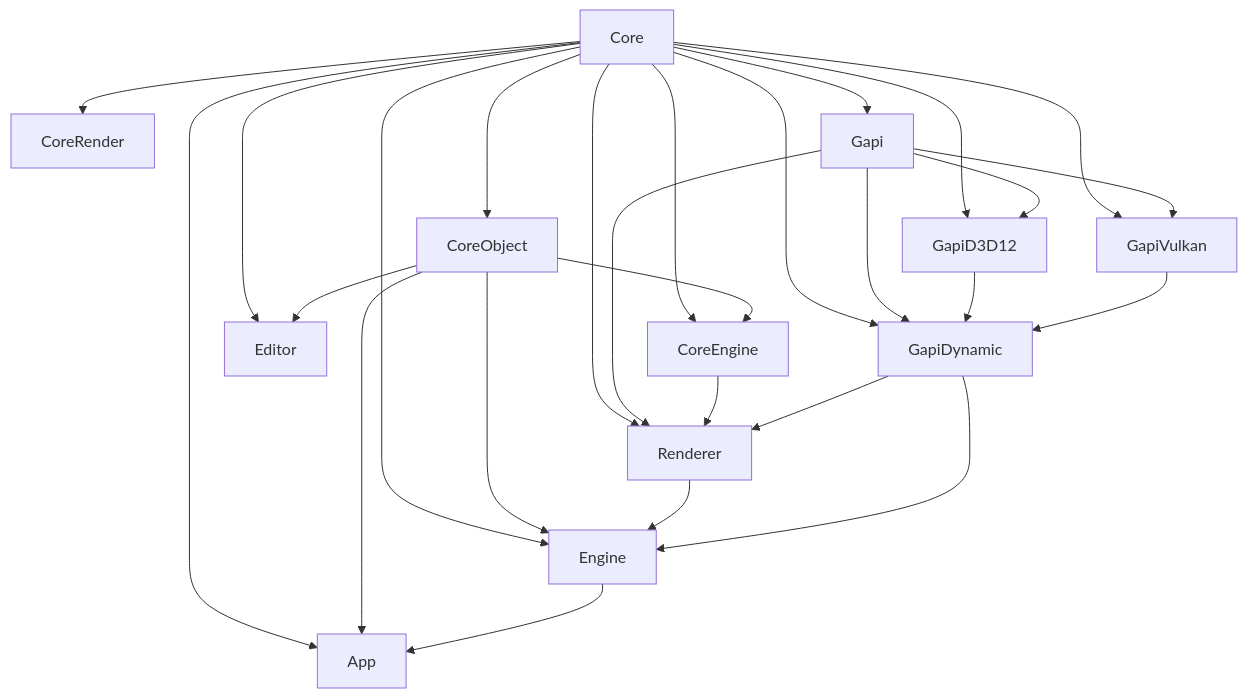
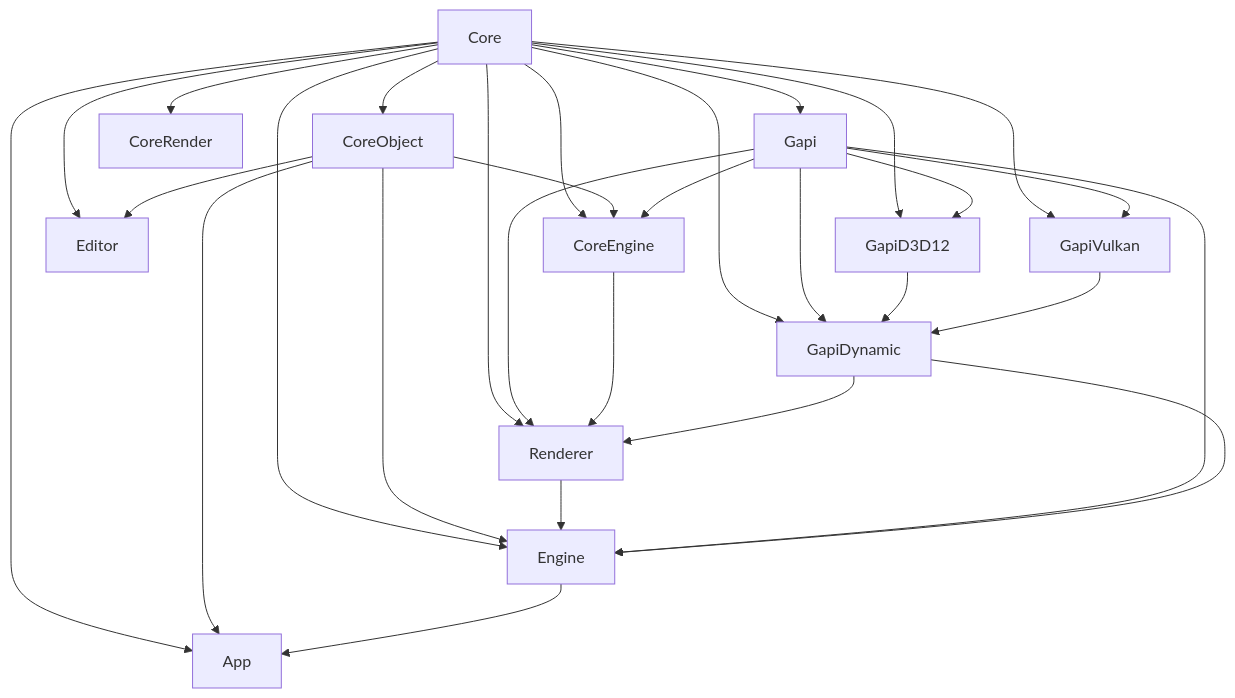
Before and after one commit to hellokenlee/NeneEngine2: the diagram in README.md, drawn with Mermaid. The commit also changed 83 other files, not shown here.

````diff
--- a/README.md
+++ b/README.md
@@ -92,29 +92,31 @@
 ```mermaid
 graph TD
   Core --> App
   CoreObject --> App
   Engine --> App
   Core --> CoreEngine
   CoreObject --> CoreEngine
+  Gapi --> CoreEngine
   Core --> CoreObject
   Core --> CoreRender
   Core --> Editor
   CoreObject --> Editor
   Core --> Engine
   CoreObject --> Engine
   Renderer --> Engine
+  Gapi --> Engine
   GapiDynamic --> Engine
   Core --> Gapi
   Core --> GapiD3D12
   Gapi --> GapiD3D12
   Core --> GapiDynamic
   Gapi --> GapiDynamic
   GapiD3D12 --> GapiDynamic
   GapiVulkan --> GapiDynamic
   Core --> GapiVulkan
   Gapi --> GapiVulkan
   Core --> Renderer
   Gapi --> Renderer
   CoreEngine --> Renderer
   GapiDynamic --> Renderer
 ```
````
